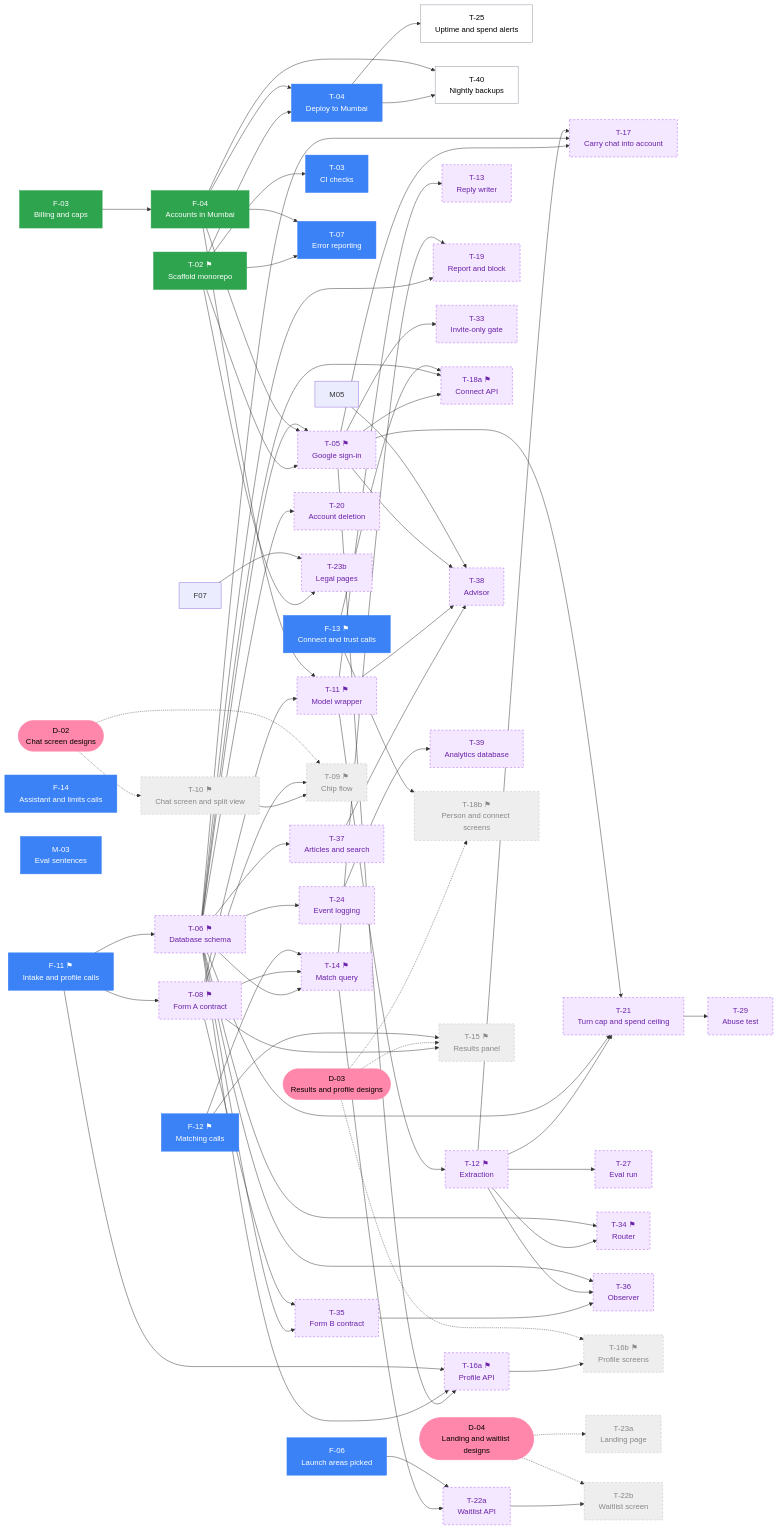
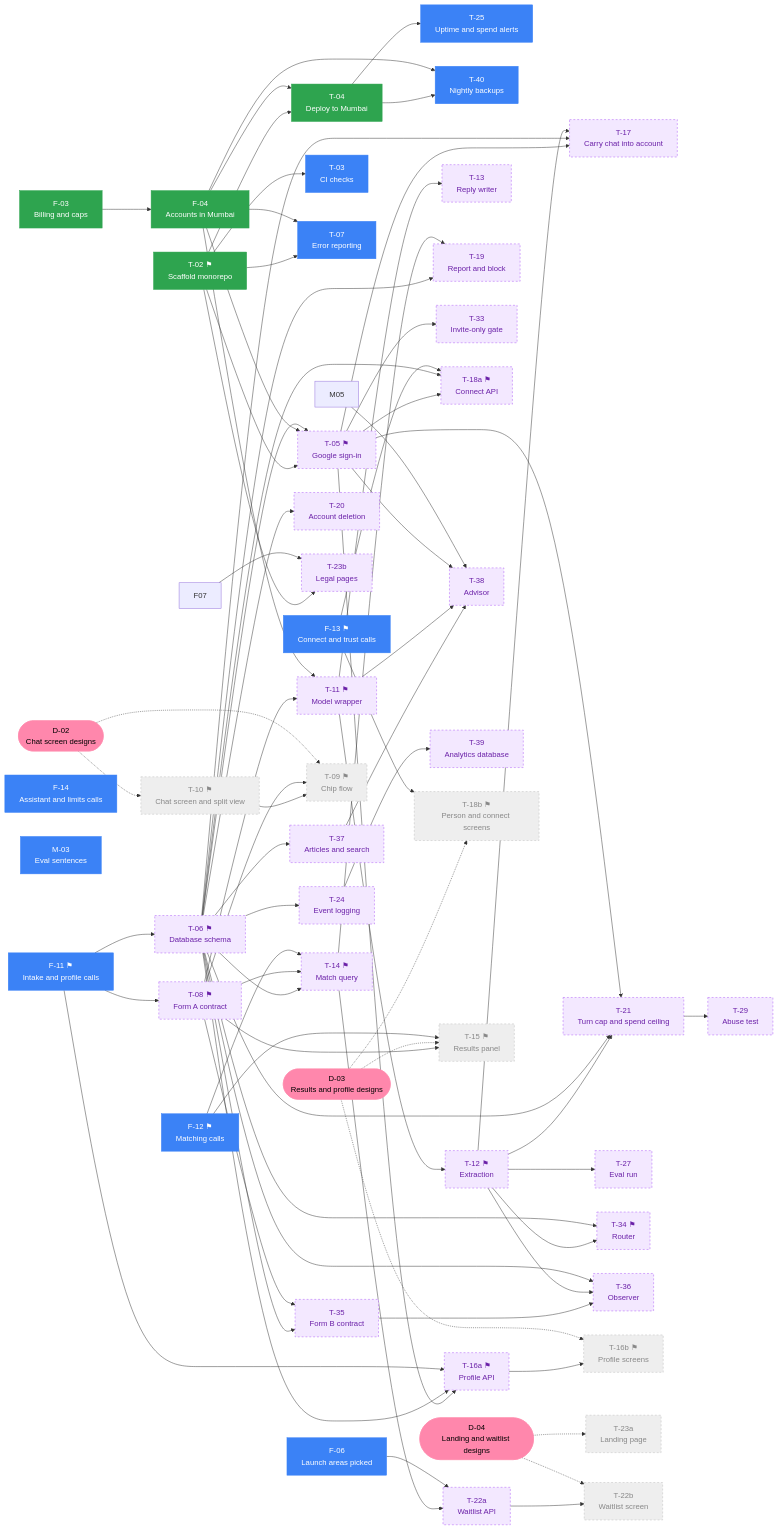
The diagram in docs/plan/Progress.md (magentawood/roomsie), drawn with Mermaid before and after one commit. The commit also changed other lines of this file and 6 other files, not shown here.

```diff
--- a/docs/plan/Progress.md
+++ b/docs/plan/Progress.md
@@ -121,11 +120,11 @@
   F14["F-14<br/>Assistant and limits calls"]:::ready
   T02["T-02 ⚑<br/>Scaffold monorepo"]:::done
   M03["M-03<br/>Eval sentences"]:::ready
-  T04["T-04<br/>Deploy to Mumbai"]:::ready
+  T04["T-04<br/>Deploy to Mumbai"]:::done
   T03["T-03<br/>CI checks"]:::ready
   T07["T-07<br/>Error reporting"]:::ready
-  T25["T-25<br/>Uptime and spend alerts"]:::todo
-  T40["T-40<br/>Nightly backups"]:::todo
+  T25["T-25<br/>Uptime and spend alerts"]:::ready
+  T40["T-40<br/>Nightly backups"]:::ready
   T08["T-08 ⚑<br/>Form A contract"]:::product
   T06["T-06 ⚑<br/>Database schema"]:::product
   T11["T-11 ⚑<br/>Model wrapper"]:::product
```
